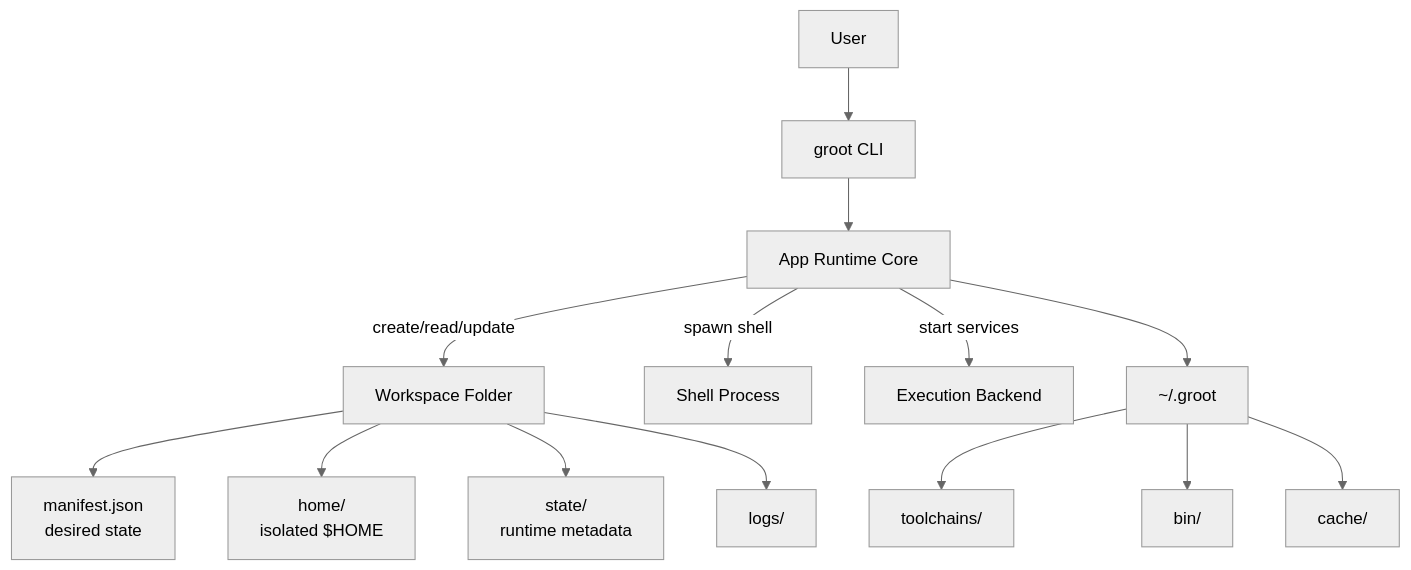
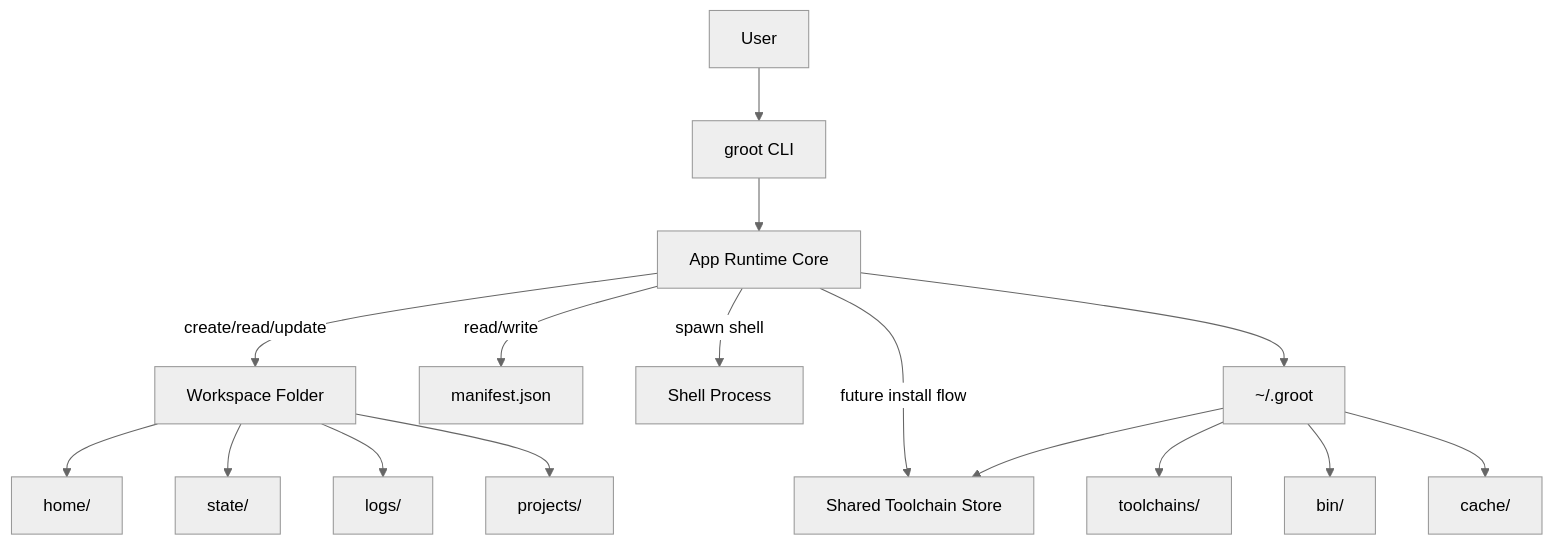
One commit to Totoual/groot changed the diagram in Readme.md. Above: the diagram before and after it, drawn with Mermaid (neutral theme). The commit also changed other lines of this file and 6 other files, not shown here.

````diff
--- a/Readme.md
+++ b/Readme.md
@@ -37,19 +97,21 @@
 ```mermaid
 flowchart TD
     U[User] --> CLI[groot CLI]
     CLI --> APP[App Runtime Core]
 
     APP -->|create/read/update| WS[Workspace Folder]
+    APP -->|read/write| MANIFEST[manifest.json]
     APP -->|spawn shell| SH[Shell Process]
-    APP -->|start services| EX[Execution Backend]
+    APP -->|future install flow| STORE[Shared Toolchain Store]
 
-    WS --> MANIFEST[manifest.json<br/>desired state]
-    WS --> HOME[home/<br/>isolated $HOME]
-    WS --> STATE[state/<br/>runtime metadata]
+    WS --> HOME[home/]
+    WS --> STATE[state/]
     WS --> LOGS[logs/]
+    WS --> PROJECTS[projects/]
 
     APP --> ROOT[~/.groot]
     ROOT --> TOOLCHAINS[toolchains/]
     ROOT --> BIN[bin/]
     ROOT --> CACHE[cache/]
+    ROOT --> STORE
 ```
````
